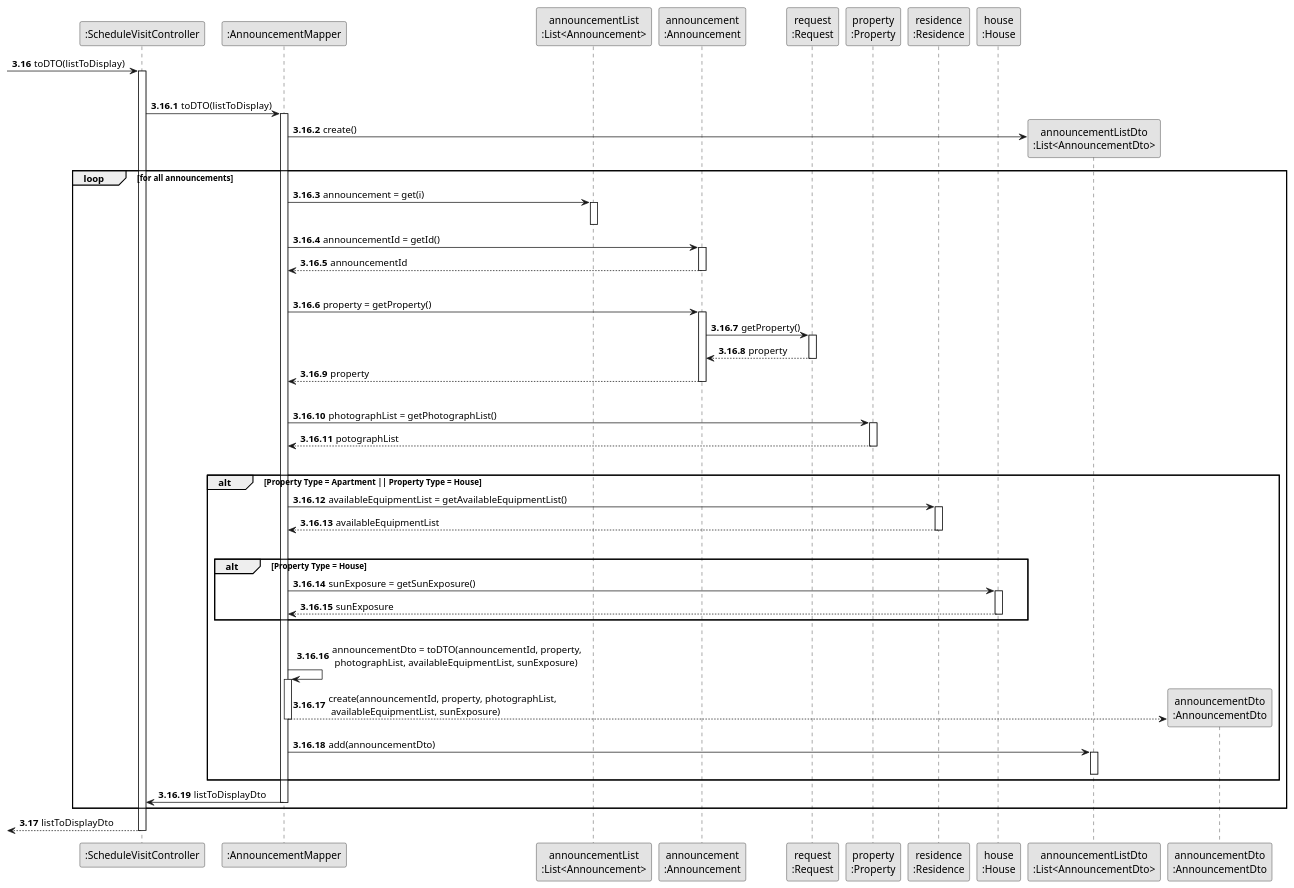
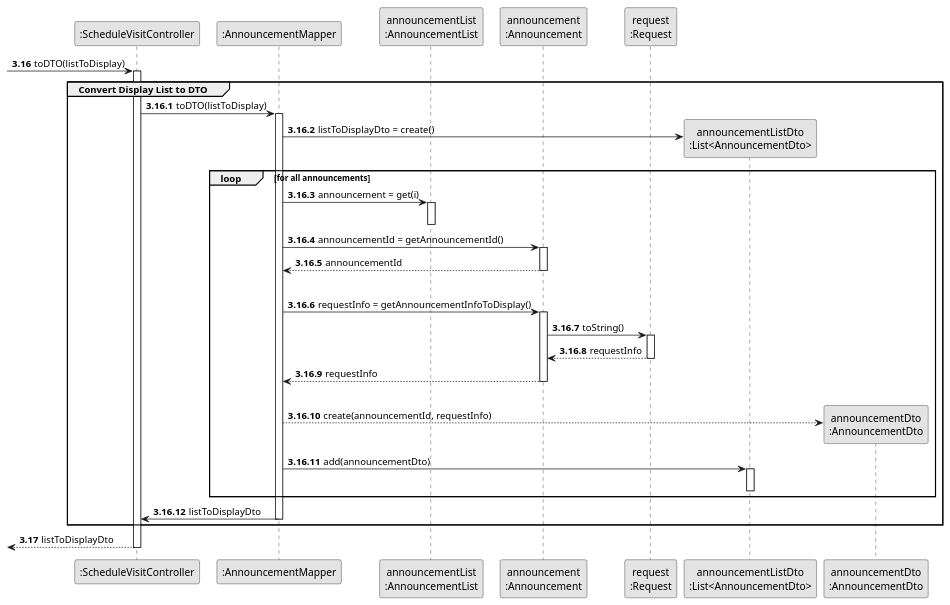
The diagram in docs/sprintC/us009/03.design/puml/us009-sequence-diagram-partial-convert-display-list-to-DTO.puml (rita-barbosa/LAPR2-2223), drawn with PlantUML before and after one commit. The commit also changed 2 other files, not shown here.

Commit message:
Announcement list DTO related partial SD's update [US009] [Design]

```diff
--- a/docs/sprintC/us009/03.design/puml/us009-sequence-diagram-partial-convert-display-list-to-DTO.puml
+++ b/docs/sprintC/us009/03.design/puml/us009-sequence-diagram-partial-convert-display-list-to-DTO.puml
@@ -1,105 +1,103 @@
 @startuml
 skinparam monochrome true
 skinparam packageStyle rectangle
 skinparam shadowing false
 
 
 participant ":ScheduleVisitController" as CTRL
 participant ":AnnouncementMapper" as MAPPER
-participant "announcementList\n:List<Announcement>" as ANCLIST
+participant "announcementList\n:AnnouncementList" as LISTCLASS
 participant "announcement\n:Announcement" as ANNOUNCE
 participant "request\n:Request" as REQUEST
-participant "property\n:Property" as PROPERTY
-'participant "location\n:Location" as LOCATION
-participant "residence\n:Residence" as RESIDENCE
-participant "house\n:House" as HOUSE
+'participant "property\n:Property" as PROPERTY
+'participant "residence\n:Residence" as RESIDENCE
+'participant "house\n:House" as HOUSE
 participant "announcementListDto\n:List<AnnouncementDto>" as LISTDTO
 participant "announcementDto\n:AnnouncementDto" as ANCDTO
 
 
 autonumber 3.16
 
  -> CTRL : toDTO(listToDisplay)
 
 activate CTRL
 
     autonumber 3.16.1
 
     group Convert Display List to DTO
 
         CTRL -> MAPPER : toDTO(listToDisplay)
         activate MAPPER
 
-        MAPPER -> LISTDTO** : create()
+        MAPPER -> LISTDTO** : listToDisplayDto = create()
 
         loop for all announcements
 
-        MAPPER -> ANCLIST : announcement = get(i)
-        activate ANCLIST
-        deactivate ANCLIST
+        MAPPER -> LISTCLASS : announcement = get(i)
+        activate LISTCLASS
+        deactivate LISTCLASS
 
-        MAPPER -> ANNOUNCE : announcementId = getId()
+        MAPPER -> ANNOUNCE : announcementId = getAnnouncementId()
         activate ANNOUNCE
 
         ANNOUNCE --> MAPPER : announcementId
         deactivate ANNOUNCE
 |||
-        MAPPER -> ANNOUNCE : property = getProperty()
+        MAPPER -> ANNOUNCE : requestInfo = getAnnouncementInfoToDisplay()
         activate ANNOUNCE
 
-            ANNOUNCE -> REQUEST : getProperty()
+            ANNOUNCE -> REQUEST : toString()
             activate REQUEST
 
-                REQUEST --> ANNOUNCE : property
+                REQUEST --> ANNOUNCE : requestInfo
             deactivate REQUEST
 
-            ANNOUNCE --> MAPPER : property
+            ANNOUNCE --> MAPPER : requestInfo
         deactivate ANNOUNCE
+'|||
+'        MAPPER -> PROPERTY : photographList = getPhotographList()
+'        activate PROPERTY
+'
+'            PROPERTY --> MAPPER : potographList
+'        deactivate PROPERTY
+'
+'|||
+'        alt Property Type = Apartment || Property Type = House
+'
+'        MAPPER -> RESIDENCE : availableEquipmentList = getAvailableEquipmentList()
+'        activate RESIDENCE
+'
+'            RESIDENCE --> MAPPER : availableEquipmentList
+'        deactivate RESIDENCE
+'|||
+'        alt Property Type = House
+'
+'        MAPPER -> HOUSE : sunExposure = getSunExposure()
+'        activate HOUSE
+'
+'            HOUSE --> MAPPER : sunExposure
+'        deactivate HOUSE
+'
+'        end alt
+'
+'        end alt
 |||
-        MAPPER -> PROPERTY : photographList = getPhotographList()
-        activate PROPERTY
 
-            PROPERTY --> MAPPER : potographList
-        deactivate PROPERTY
-
-|||
-        alt Property Type = Apartment || Property Type = House
-
-        MAPPER -> RESIDENCE : availableEquipmentList = getAvailableEquipmentList()
-        activate RESIDENCE
-
-            RESIDENCE --> MAPPER : availableEquipmentList
-        deactivate RESIDENCE
-|||
-        alt Property Type = House
-
-        MAPPER -> HOUSE : sunExposure = getSunExposure()
-        activate HOUSE
-
-            HOUSE --> MAPPER : sunExposure
-        deactivate HOUSE
-
-        end alt
-|||
-        MAPPER -> MAPPER : announcementDto = toDTO(announcementId, property,\n photographList, availableEquipmentList, sunExposure)
-        activate MAPPER
-
-            MAPPER --> ANCDTO**: create(announcementId, property, photographList,\n availableEquipmentList, sunExposure)
-        deactivate MAPPER
+        MAPPER --> ANCDTO**: create(announcementId, requestInfo)
 
         MAPPER -> LISTDTO : add(announcementDto)
         activate LISTDTO
         deactivate LISTDTO
 
         end loop
 
         MAPPER -> CTRL : listToDisplayDto
         deactivate MAPPER
 
     end group
 
     autonumber 3.17
     <-- CTRL  : listToDisplayDto
 deactivate CTRL
 
 @enduml
```
